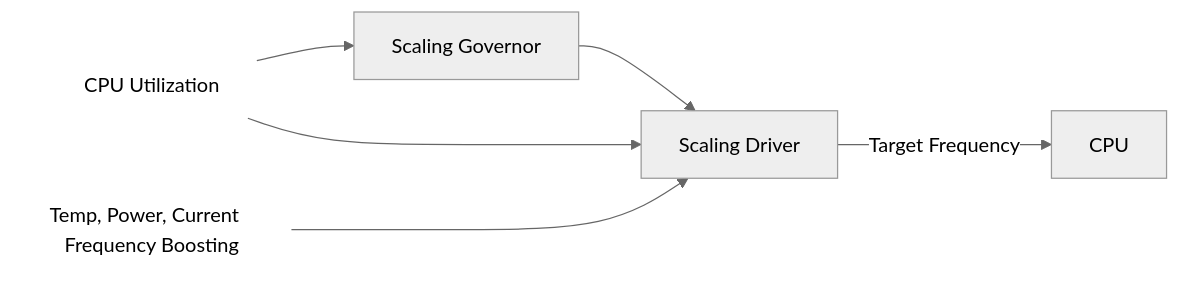
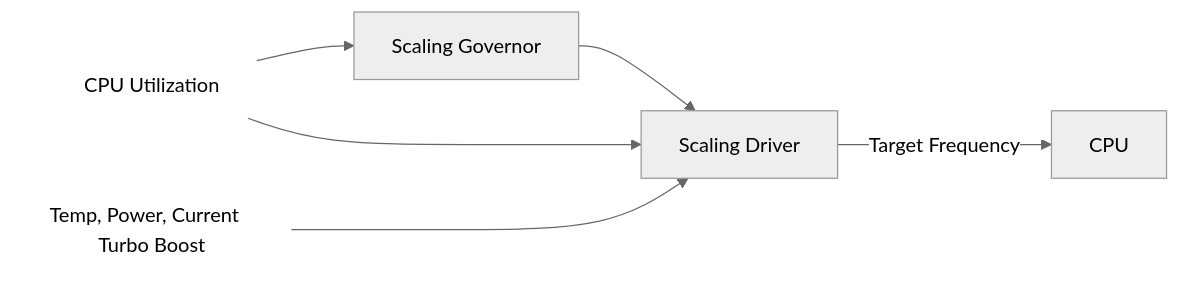
The third of 4 diagrams in presentation.md (igoragoli/fosdem-2026-software-performance), drawn with Mermaid before and after one commit. The commit also changed other lines of this file, not shown here.

````diff
--- a/presentation.md
+++ b/presentation.md
@@ -426,13 +515,13 @@
 ```mermaid
 %%{init: {'theme': 'neutral'}}%%
 
 graph LR
     Load["CPU Utilization"] --> Gov["Scaling Governor"]
     Gov --> Driver["Scaling Driver"]
     Load --> Driver
-    Physical[ Temp, Power, Current <br>Frequency Boosting] ---> Driver
+    Physical[ Temp, Power, Current <br>Turbo Boost] ---> Driver
     Driver -- "Target Frequency" --> CPU
 
     style Load fill:none,stroke:none
     style Physical fill:none,stroke:none
 ```
````
